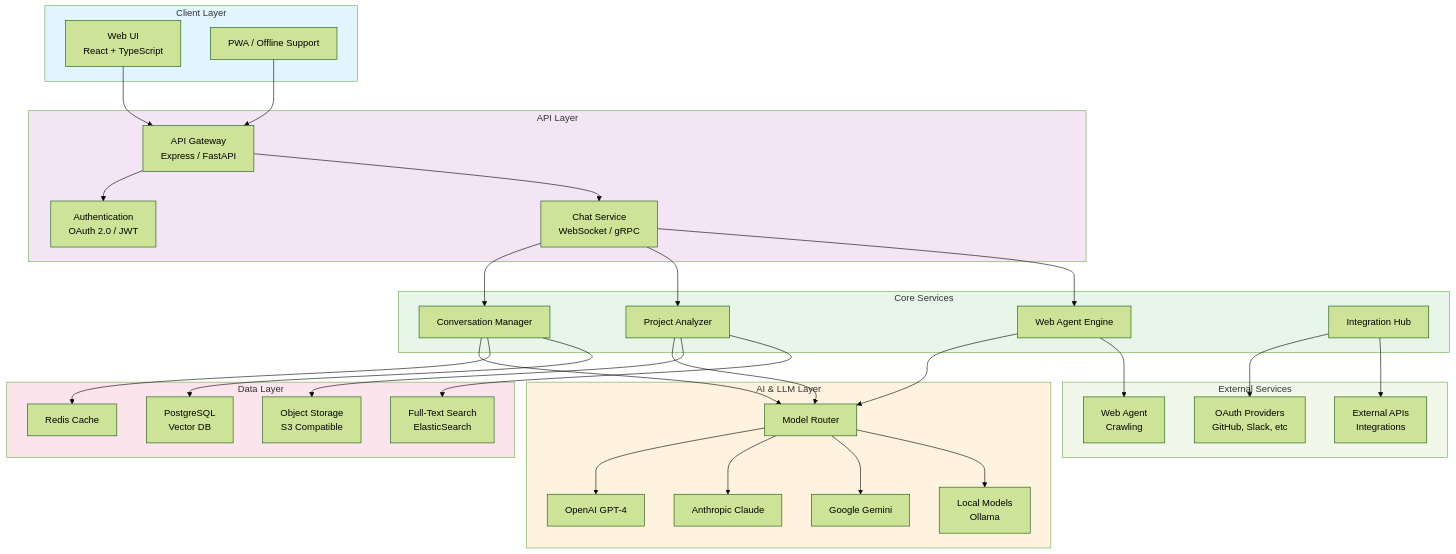
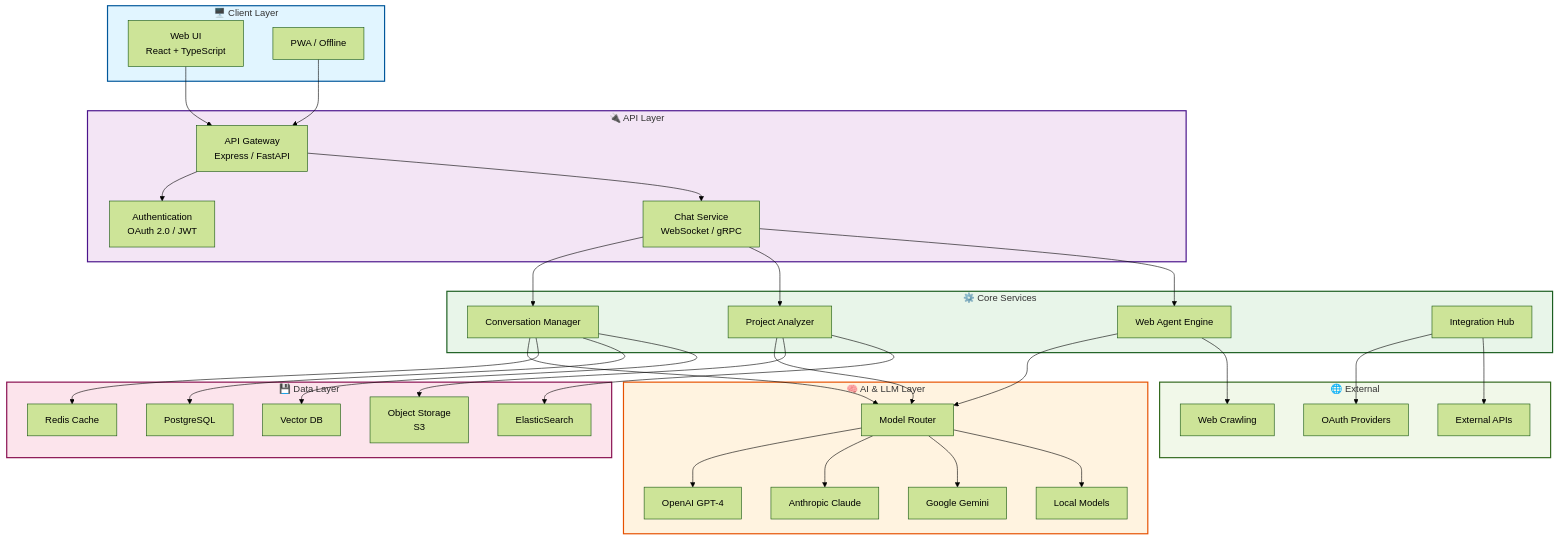
One commit to hakmedevs-svg/WorxGPT changed the diagram in README.md. Above: the diagram before and after it, drawn with Mermaid (forest theme). The commit also changed other lines of this file, not shown here.

````diff
--- a/README.md
+++ b/README.md
@@ -337,70 +164,72 @@
 ```mermaid
 graph TB
-    subgraph Client["Client Layer"]
+    subgraph Client["🖥️ Client Layer"]
         UI["Web UI<br/>React + TypeScript"]
-        PWA["PWA / Offline Support"]
+        PWA["PWA / Offline"]
     end
 
-    subgraph API["API Layer"]
+    subgraph API["🔌 API Layer"]
         Gateway["API Gateway<br/>Express / FastAPI"]
         Auth["Authentication<br/>OAuth 2.0 / JWT"]
         Chat["Chat Service<br/>WebSocket / gRPC"]
     end
 
-    subgraph Core["Core Services"]
+    subgraph Core["⚙️ Core Services"]
         Conv["Conversation Manager"]
         Project["Project Analyzer"]
         Agent["Web Agent Engine"]
         Integration["Integration Hub"]
     end
 
-    subgraph AI["AI & LLM Layer"]
+    subgraph AI["🧠 AI & LLM Layer"]
         Router["Model Router"]
         OpenAI["OpenAI GPT-4"]
         Claude["Anthropic Claude"]
         Gemini["Google Gemini"]
-        Local["Local Models<br/>Ollama"]
+        Local["Local Models"]
     end
 
-    subgraph Data["Data Layer"]
+    subgraph Data["💾 Data Layer"]
         Cache["Redis Cache"]
-        DB["PostgreSQL<br/>Vector DB"]
-        Storage["Object Storage<br/>S3 Compatible"]
-        Search["Full-Text Search<br/>ElasticSearch"]
+        DB["PostgreSQL"]
+        VecDB["Vector DB"]
+        Storage["Object Storage<br/>S3"]
+        Search["ElasticSearch"]
     end
 
-    subgraph External["External Services"]
-        Web["Web Agent<br/>Crawling"]
-        OAuth["OAuth Providers<br/>GitHub, Slack, etc"]
-        Tools["External APIs<br/>Integrations"]
+    subgraph External["🌐 External"]
+        Web["Web Crawling"]
+        OAuth["OAuth Providers"]
+        Tools["External APIs"]
     end
 
     UI --> Gateway
     PWA --> Gateway
     Gateway --> Auth
     Gateway --> Chat
     Chat --> Conv
     Chat --> Project
     Chat --> Agent
     Conv --> Router
     Project --> Router
     Agent --> Router
     Router --> OpenAI
     Router --> Claude
     Router --> Gemini
     Router --> Local
     Conv --> Cache
     Conv --> DB
+    Conv --> VecDB
     Project --> Storage
     Project --> Search
     Agent --> Web
     Integration --> OAuth
     Integration --> Tools
 
-    style Client fill:#e1f5ff
-    style API fill:#f3e5f5
-    style Core fill:#e8f5e9
-    style AI fill:#fff3e0
-    style Data fill:#fce4ec
-    style External fill:#f1f8e9
+    style Client fill:#e1f5ff,stroke:#01579b,stroke-width:2px
+    style API fill:#f3e5f5,stroke:#4a148c,stroke-width:2px
+    style Core fill:#e8f5e9,stroke:#1b5e20,stroke-width:2px
+    style AI fill:#fff3e0,stroke:#e65100,stroke-width:2px
+    style Data fill:#fce4ec,stroke:#880e4f,stroke-width:2px
+    style External fill:#f1f8e9,stroke:#33691e,stroke-width:2px
 ```
````
